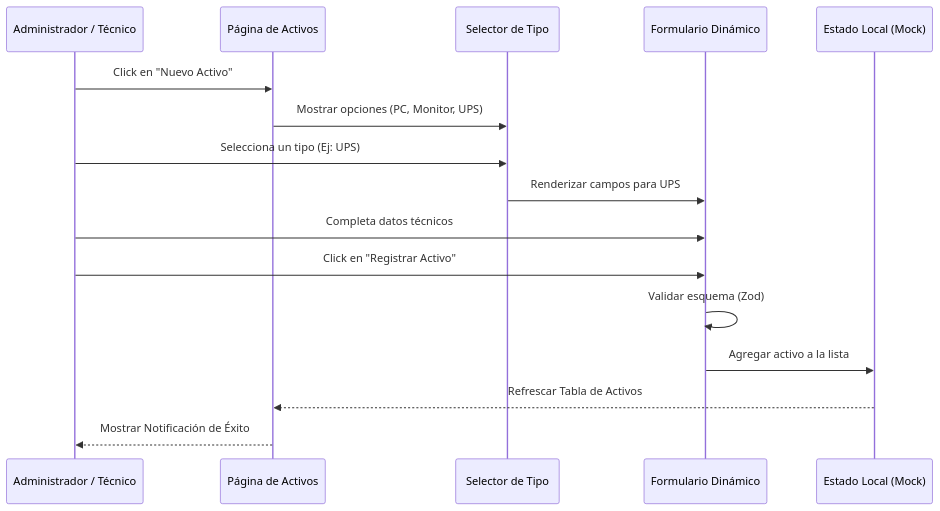
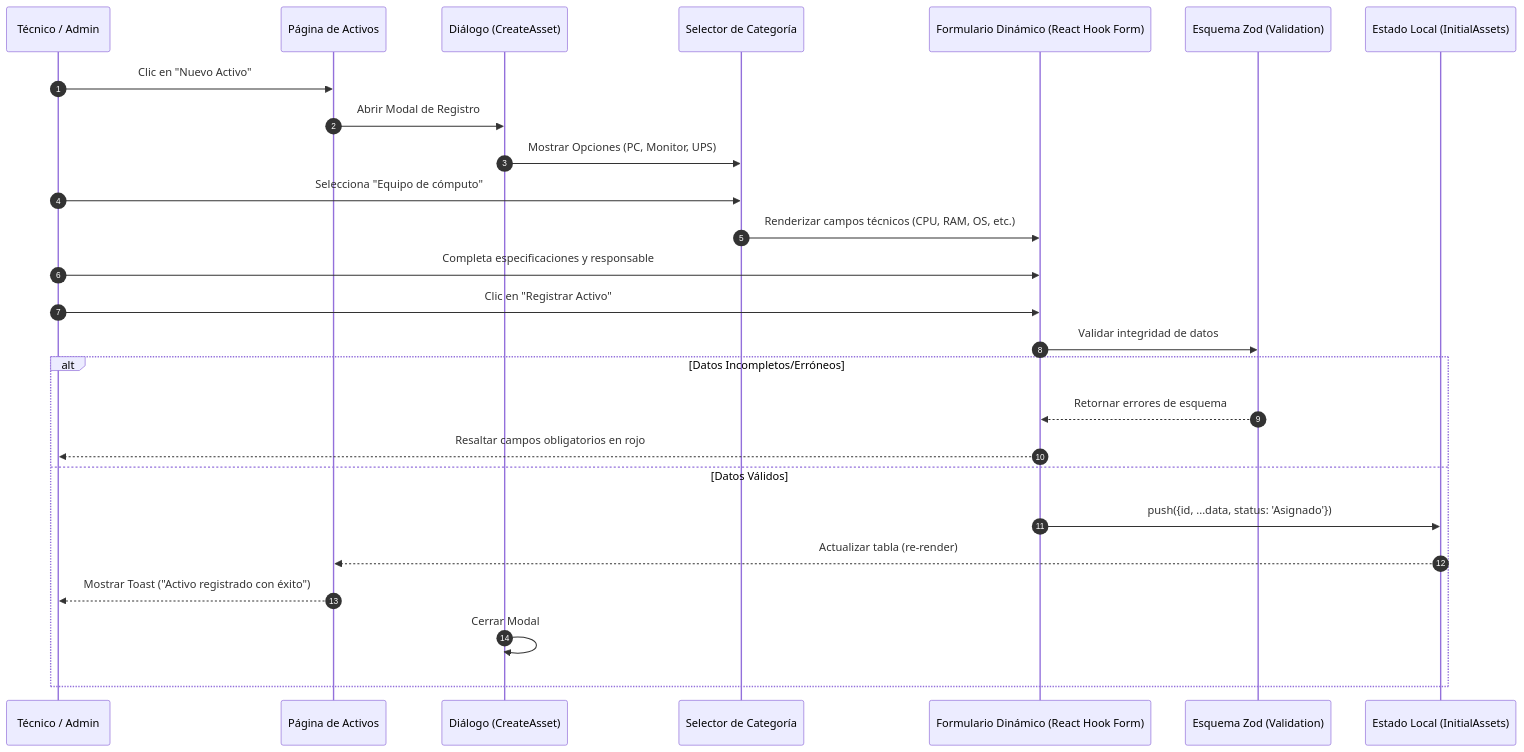
The second of 4 diagrams in DIAGRAMAS.md (KaicerPirata/Proyecto), drawn with Mermaid before and after one commit. The commit also changed other lines of this file, not shown here.

Commit message:
puedes hacer supremamente detallado estos diagramas que te pase ya que e

````diff
--- a/DIAGRAMAS.md
+++ b/DIAGRAMAS.md
@@ -36,19 +49,29 @@
 ```mermaid
 sequenceDiagram
-    participant Admin as Administrador / Técnico
-    participant VistaActivos as Página de Activos
-    participant Selector as Selector de Tipo
-    participant Formulario as Formulario Dinámico
-    participant Estado as Estado Local (Mock)
+    autonumber
+    participant T as Técnico / Admin
+    participant P as Página de Activos
+    participant D as Diálogo (CreateAsset)
+    participant S as Selector de Categoría
+    participant F as Formulario Dinámico (React Hook Form)
+    participant Z as Esquema Zod (Validation)
+    participant ST as Estado Local (InitialAssets)
 
-    Admin->>VistaActivos: Click en "Nuevo Activo"
-    VistaActivos->>Selector: Mostrar opciones (PC, Monitor, UPS)
-    Admin->>Selector: Selecciona un tipo (Ej: UPS)
-    Selector->>Formulario: Renderizar campos para UPS
-    Admin->>Formulario: Completa datos técnicos
-    Admin->>Formulario: Click en "Registrar Activo"
-    Formulario->>Formulario: Validar esquema (Zod)
-    Formulario->>Estado: Agregar activo a la lista
-    Estado-->>VistaActivos: Refrescar Tabla de Activos
-    VistaActivos-->>Admin: Mostrar Notificación de Éxito
+    T->>P: Clic en "Nuevo Activo"
+    P->>D: Abrir Modal de Registro
+    D->>S: Mostrar Opciones (PC, Monitor, UPS)
+    T->>S: Selecciona "Equipo de cómputo"
+    S->>F: Renderizar campos técnicos (CPU, RAM, OS, etc.)
+    T->>F: Completa especificaciones y responsable
+    T->>F: Clic en "Registrar Activo"
+    F->>Z: Validar integridad de datos
+    alt Datos Incompletos/Erróneos
+        Z-->>F: Retornar errores de esquema
+        F-->>T: Resaltar campos obligatorios en rojo
+    else Datos Válidos
+        F->>ST: push({id, ...data, status: 'Asignado'})
+        ST-->>P: Actualizar tabla (re-render)
+        P-->>T: Mostrar Toast ("Activo registrado con éxito")
+        D->>D: Cerrar Modal
+    end
 ```
````
